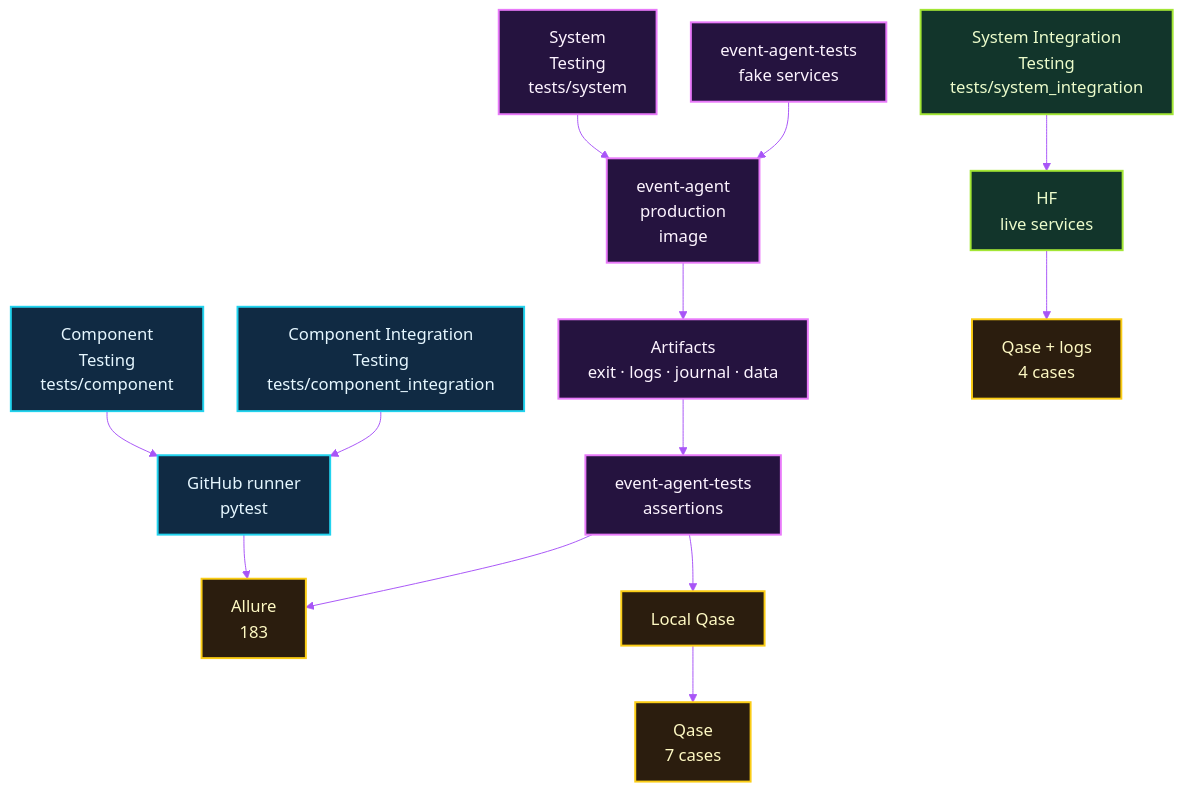
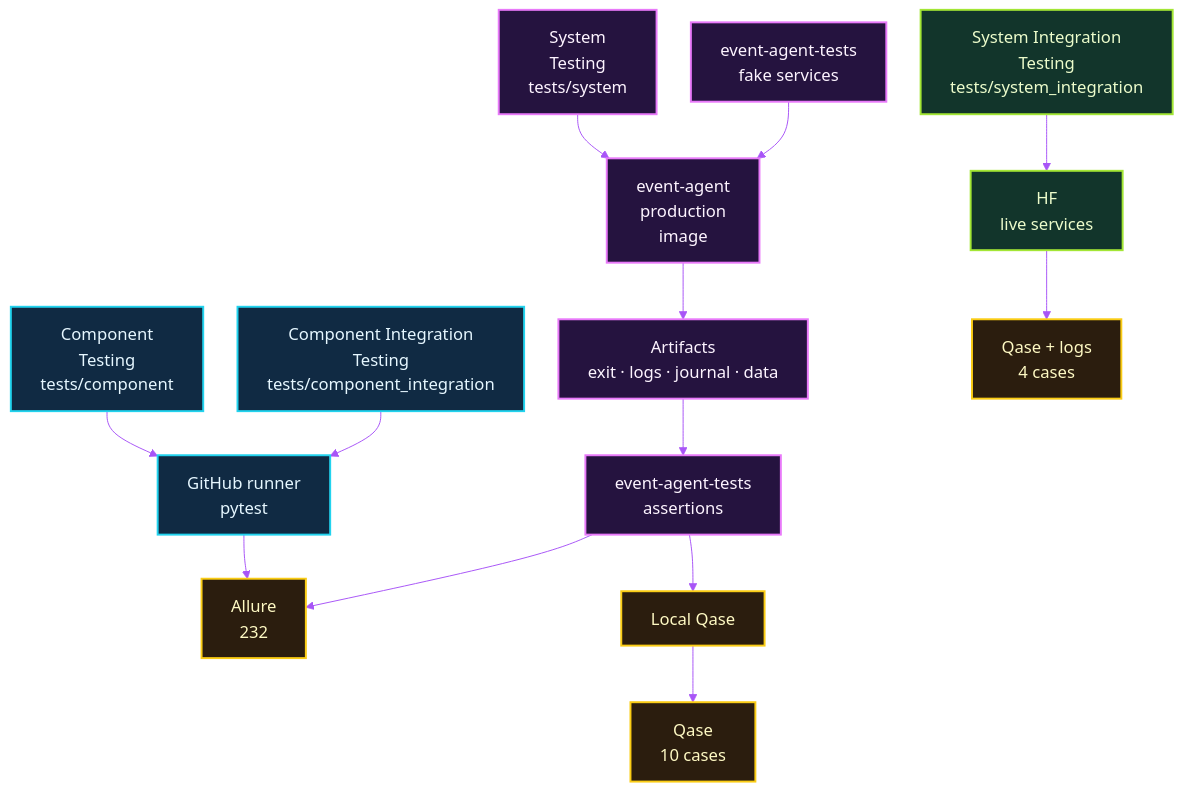
Before and after one commit to michalmarczuk/event-agent: the first of 3 diagrams in docs/TESTING.md, drawn with Mermaid. The commit also changed other lines of this file and 5 other files, not shown here.

Commit message:
Document multi-source event discovery architecture

````diff
--- a/docs/TESTING.md
+++ b/docs/TESTING.md
@@ -37,27 +37,27 @@
 ```mermaid
 %%{init: {'theme': 'base', 'themeVariables': {'background': '#07111f', 'primaryColor': '#102a43', 'primaryTextColor': '#e6f7ff', 'primaryBorderColor': '#22d3ee', 'secondaryColor': '#25133f', 'tertiaryColor': '#12352b', 'lineColor': '#a855f7', 'fontFamily': 'ui-sans-serif, system-ui', 'fontSize': '17px'}, 'flowchart': {'nodeSpacing': 35, 'rankSpacing': 45}}}%%
 flowchart TB
     component["Component<br/>Testing<br/>tests/component"] --> runner["GitHub runner<br/>pytest"]
     component_integration["Component Integration<br/>Testing<br/>tests/component_integration"] --> runner
-    runner --> allure["Allure<br/>183"]
+    runner --> allure["Allure<br/>232"]
 
     system["System<br/>Testing<br/>tests/system"] --> sut["event-agent<br/>production<br/>image"]
     fake["event-agent-tests<br/>fake services"] --> sut
     sut --> artifacts["Artifacts<br/>exit · logs · journal · data"]
     artifacts --> assertions["event-agent-tests<br/>assertions"]
     assertions --> allure
     assertions --> qase_local["Local Qase"]
-    qase_local --> qase["Qase<br/>7 cases"]
+    qase_local --> qase["Qase<br/>10 cases"]
 
     system_integration["System Integration<br/>Testing<br/>tests/system_integration"] --> hf["HF<br/>live services"]
     hf --> qase_live["Qase + logs<br/>4 cases"]
 
     classDef github fill:#102a43,stroke:#22d3ee,color:#e6f7ff,stroke-width:2px;
     classDef violet fill:#25133f,stroke:#e879f9,color:#fdf4ff,stroke-width:2px;
     classDef runtime fill:#12352b,stroke:#a3e635,color:#ecfccb,stroke-width:2px;
     classDef reporting fill:#2b1d0e,stroke:#facc15,color:#fef9c3,stroke-width:2px;
     class component,component_integration,runner github;
     class system,sut,fake,artifacts,assertions violet;
     class system_integration,hf runtime;
     class allure,qase_local,qase,qase_live reporting;
 ```
````
